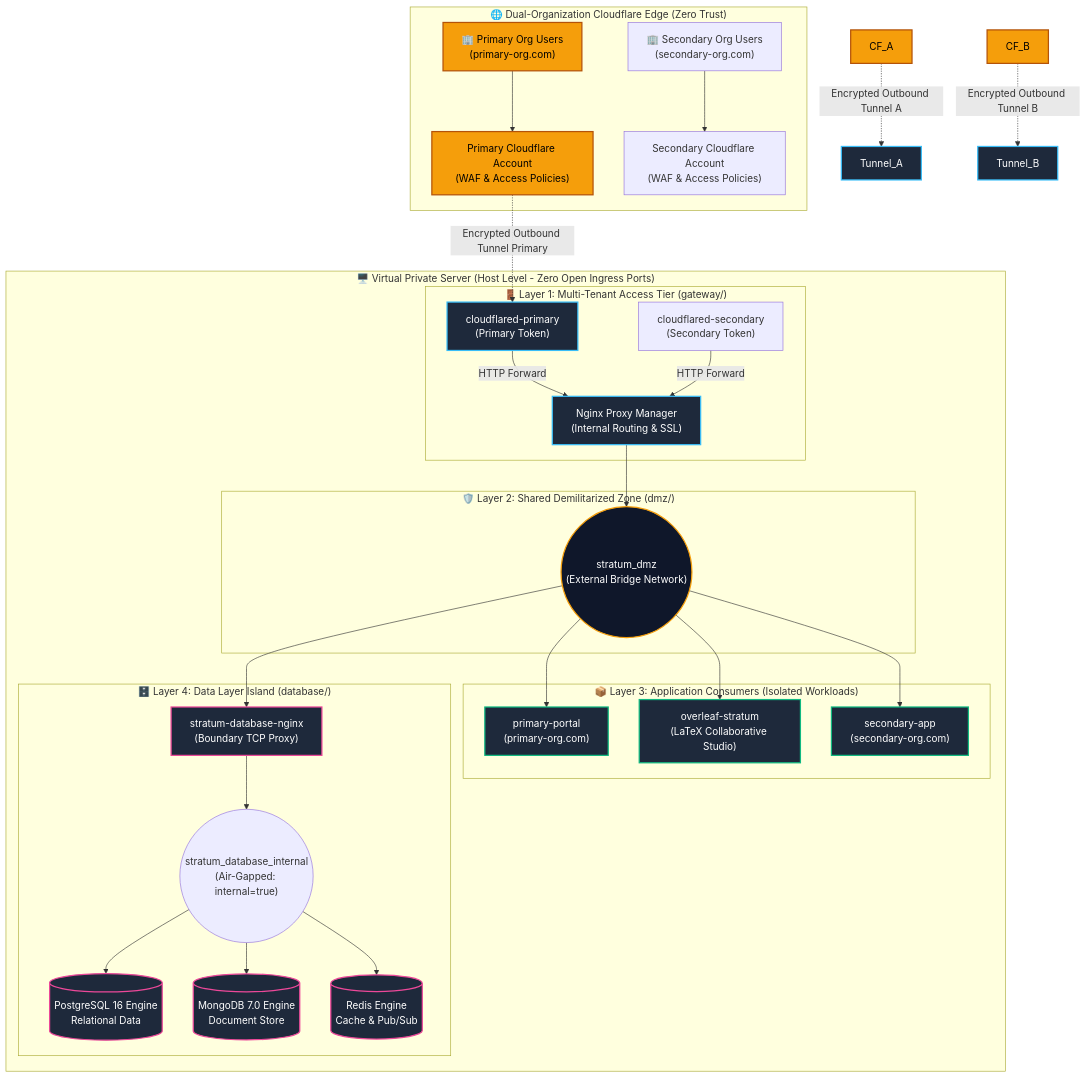
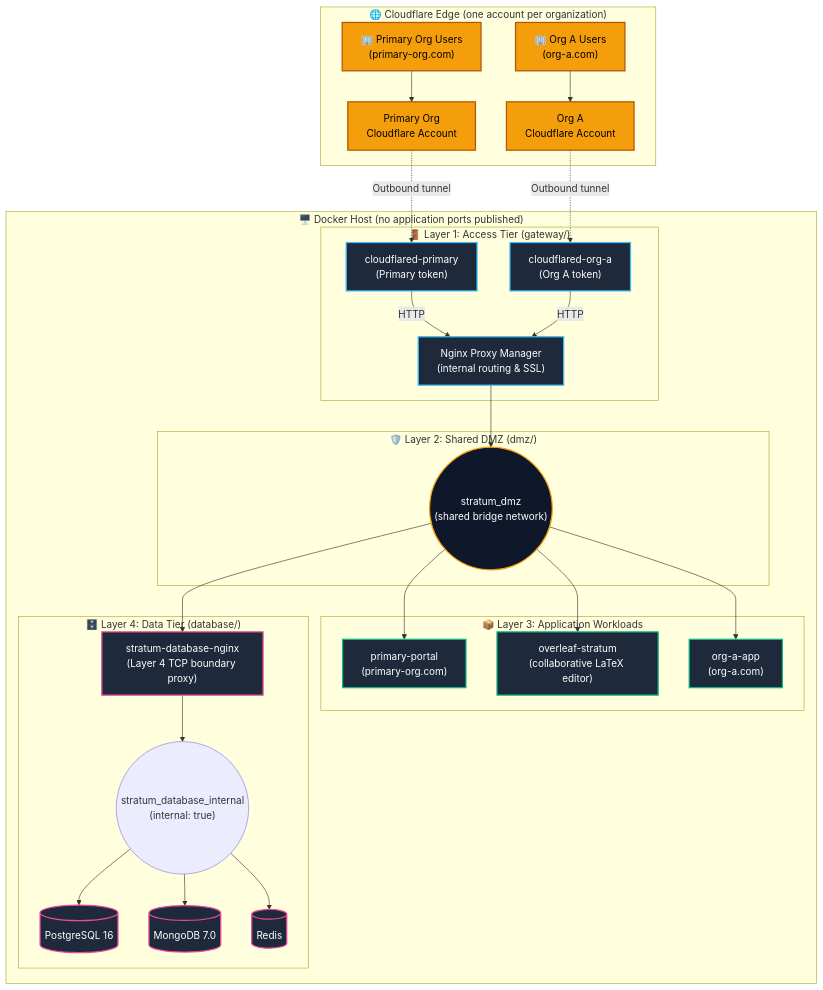
One commit to sandra-puerto/stratum-core changed the first of 3 diagrams in README.md. Above: the diagram before and after it, drawn with Mermaid. The commit also changed other lines of this file, not shown here.

First line of the commit message:
Revise README for project name and architecture updates

````diff
--- a/README.md
+++ b/README.md
@@ -36,65 +40,63 @@
 ```mermaid
 graph TB
-    subgraph MultiOrgWAN ["🌐 Dual-Organization Cloudflare Edge (Zero Trust)"]
-        ClientPri["🏢 Primary Org Users<br/>(primary-org.com)"] --> CF_Pri["Primary Cloudflare Account<br/>(WAF & Access Policies)"]
-        ClientSec["🏢 Secondary Org Users<br/>(secondary-org.com)"] --> CF_Sec["Secondary Cloudflare Account<br/>(WAF & Access Policies)"]
+    subgraph Edge ["🌐 Cloudflare Edge (one account per organization)"]
+        UsersPri["🏢 Primary Org Users<br/>(primary-org.com)"] --> CF_Pri["Primary Org<br/>Cloudflare Account"]
+        UsersA["🏢 Org A Users<br/>(org-a.com)"] --> CF_A["Org A<br/>Cloudflare Account"]
     end
 
-    subgraph Host ["🖥️ Virtual Private Server (Host Level - Zero Open Ingress Ports)"]
-        subgraph GatewayIsland ["🚪 Layer 1: Multi-Tenant Access Tier (gateway/)"]
-            Tunnel_Pri["cloudflared-primary<br/>(Primary Token)"]
-            Tunnel_Sec["cloudflared-secondary<br/>(Secondary Token)"]
-            
-            NPM["Nginx Proxy Manager<br/>(Internal Routing & SSL)"]
+    subgraph Host ["🖥️ Docker Host (no application ports published)"]
+        subgraph GatewayIsland ["🚪 Layer 1: Access Tier (gateway/)"]
+            Tunnel_Pri["cloudflared-primary<br/>(Primary token)"]
+            Tunnel_A["cloudflared-org-a<br/>(Org A token)"]
+            NPM["Nginx Proxy Manager<br/>(internal routing & SSL)"]
 
-            Tunnel_Pri -->|HTTP Forward| NPM
-            Tunnel_Sec -->|HTTP Forward| NPM
+            Tunnel_Pri -->|HTTP| NPM
+            Tunnel_A -->|HTTP| NPM
         end
 
-        subgraph SharedDMZ ["🛡️ Layer 2: Shared Demilitarized Zone (dmz/)"]
-            DMZ_Net(("stratum_dmz<br/>(External Bridge Network)"))
+        subgraph SharedDMZ ["🛡️ Layer 2: Shared DMZ (dmz/)"]
+            DMZ_Net(("stratum_dmz<br/>(shared bridge network)"))
         end
 
-        subgraph ConsumerApps ["📦 Layer 3: Application Consumers (Isolated Workloads)"]
+        subgraph ConsumerApps ["📦 Layer 3: Application Workloads"]
             App1["primary-portal<br/>(primary-org.com)"]
-            App2["overleaf-stratum<br/>(LaTeX Collaborative Studio)"]
-            App3["secondary-app<br/>(secondary-org.com)"]
+            App2["overleaf-stratum<br/>(collaborative LaTeX editor)"]
+            App3["org-a-app<br/>(org-a.com)"]
         end
 
-        subgraph DatabaseIsland ["🗄️ Layer 4: Data Layer Island (database/)"]
-            DB_Proxy["stratum-database-nginx<br/>(Boundary TCP Proxy)"]
-            DB_Net(("stratum_database_internal<br/>(Air-Gapped: internal=true)"))
-            
-            Postgres[("PostgreSQL 16 Engine<br/>Relational Data")]
-            MongoDB[("MongoDB 7.0 Engine<br/>Document Store")]
-            Redis[("Redis Engine<br/>Cache & Pub/Sub")]
+        subgraph DatabaseIsland ["🗄️ Layer 4: Data Tier (database/)"]
+            DB_Proxy["stratum-database-nginx<br/>(Layer 4 TCP boundary proxy)"]
+            DB_Net(("stratum_database_internal<br/>(internal: true)"))
+
+            Postgres[("PostgreSQL 16")]
+            MongoDB[("MongoDB 7.0")]
+            Redis[("Redis")]
 
             DB_Proxy --> DB_Net
             DB_Net --> Postgres
             DB_Net --> MongoDB
             DB_Net --> Redis
         end
     end
 
-    CF_A -.->|Encrypted Outbound Tunnel A| Tunnel_A
-    CF_B -.->|Encrypted Outbound Tunnel B| Tunnel_B
-    CF_Pri -.->|Encrypted Outbound Tunnel Primary| Tunnel_Pri
+    CF_Pri -.->|Outbound tunnel| Tunnel_Pri
+    CF_A -.->|Outbound tunnel| Tunnel_A
 
     NPM --> DMZ_Net
     DMZ_Net --> App1
     DMZ_Net --> App2
     DMZ_Net --> App3
     DMZ_Net --> DB_Proxy
 
     classDef edge fill:#f59e0b,stroke:#b45309,stroke-width:2px,color:#000;
     classDef gateway fill:#1e293b,stroke:#38bdf8,stroke-width:2px,color:#fff;
     classDef dmz fill:#0f172a,stroke:#f59e0b,stroke-width:2px,color:#fff;
     classDef consumer fill:#1e293b,stroke:#10b981,stroke-width:2px,color:#fff;
     classDef database fill:#1e293b,stroke:#ec4899,stroke-width:2px,color:#fff;
 
-    class ClientA,ClientB,ClientPri,CF_A,CF_B,CF_Pri edge;
-    class Tunnel_A,Tunnel_B,Tunnel_Pri,NPM gateway;
+    class UsersPri,UsersA,CF_Pri,CF_A edge;
+    class Tunnel_Pri,Tunnel_A,NPM gateway;
     class DMZ_Net dmz;
     class App1,App2,App3 consumer;
     class DB_Proxy,Postgres,MongoDB,Redis database;
 ```
````
